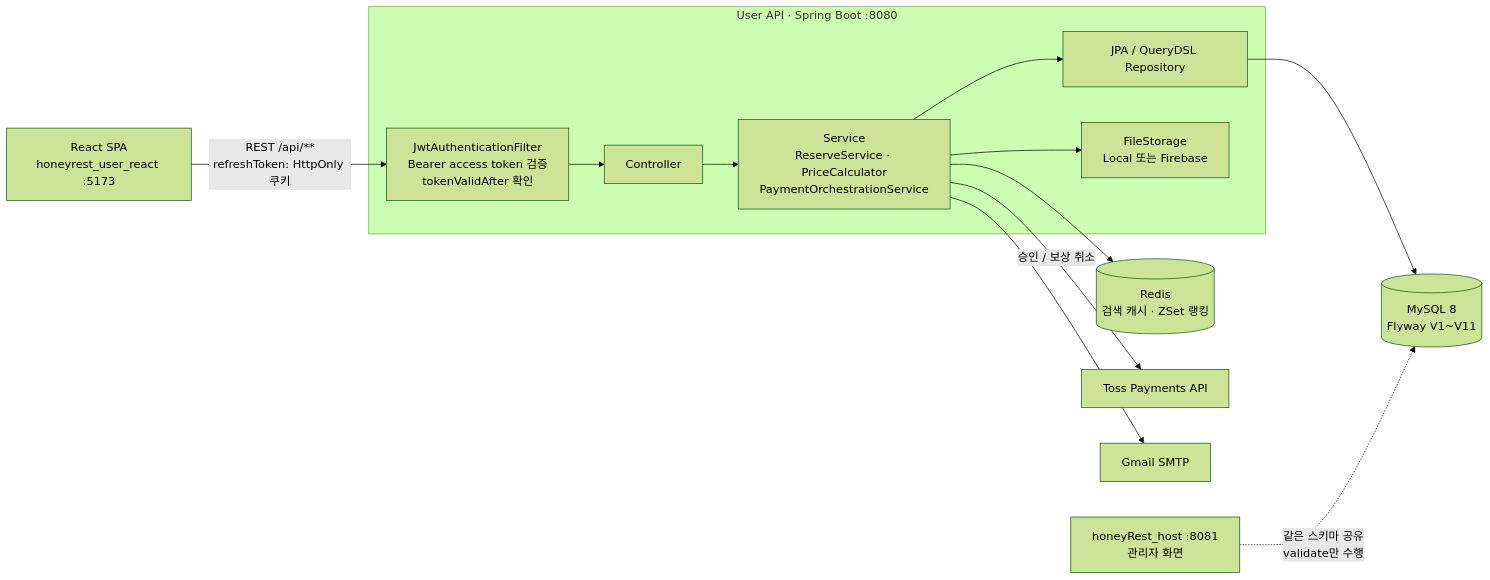
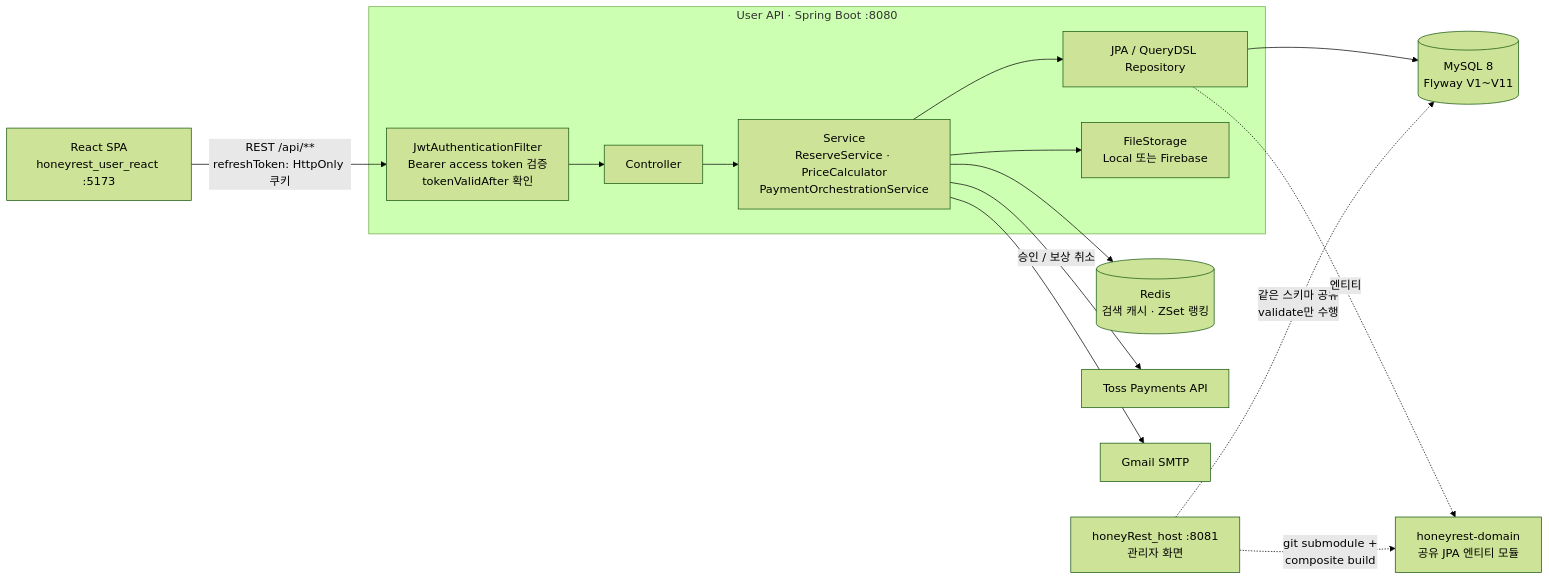
The diagram in README.md (Seongwonp/honeyRest_user), drawn with Mermaid (forest theme) before and after one commit. The commit also changed other lines of this file and 193 other files, not shown here.

First line of the commit message:
공용 도메인 모듈(honeyrest-domain) 분리

````diff
--- a/README.md
+++ b/README.md
@@ -61,22 +61,25 @@
 ```mermaid
 flowchart LR
     FE["React SPA<br/>honeyrest_user_react :5173"]
     HOST["honeyRest_host :8081<br/>관리자 화면"]
 
     subgraph API["User API · Spring Boot :8080"]
         F["JwtAuthenticationFilter<br/>Bearer access token 검증<br/>tokenValidAfter 확인"]
         C["Controller"]
         S["Service<br/>ReserveService · PriceCalculator<br/>PaymentOrchestrationService"]
         Q["JPA / QueryDSL Repository"]
         FS["FileStorage<br/>Local 또는 Firebase"]
         F --> C --> S --> Q
         S --> FS
     end
 
     FE -- "REST /api/**<br/>refreshToken: HttpOnly 쿠키" --> F
     Q --> DB[("MySQL 8<br/>Flyway V1~V11")]
     S --> R[("Redis<br/>검색 캐시 · ZSet 랭킹")]
     S -- "승인 / 보상 취소" --> TOSS["Toss Payments API"]
     S --> MAIL["Gmail SMTP"]
     HOST -. "같은 스키마 공유<br/>validate만 수행" .-> DB
+    DOM["honeyrest-domain<br/>공유 JPA 엔티티 모듈"]
+    Q -. "엔티티" .-> DOM
+    HOST -. "git submodule +<br/>composite build" .-> DOM
 ```
````
